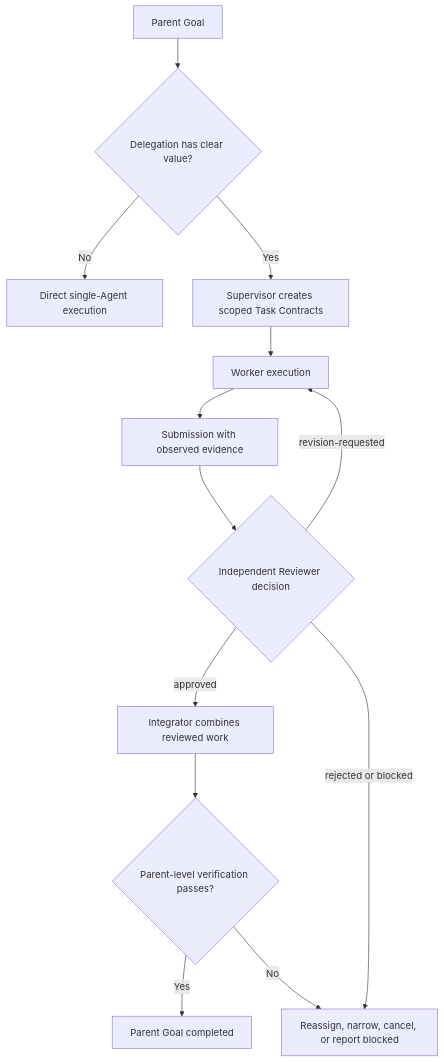
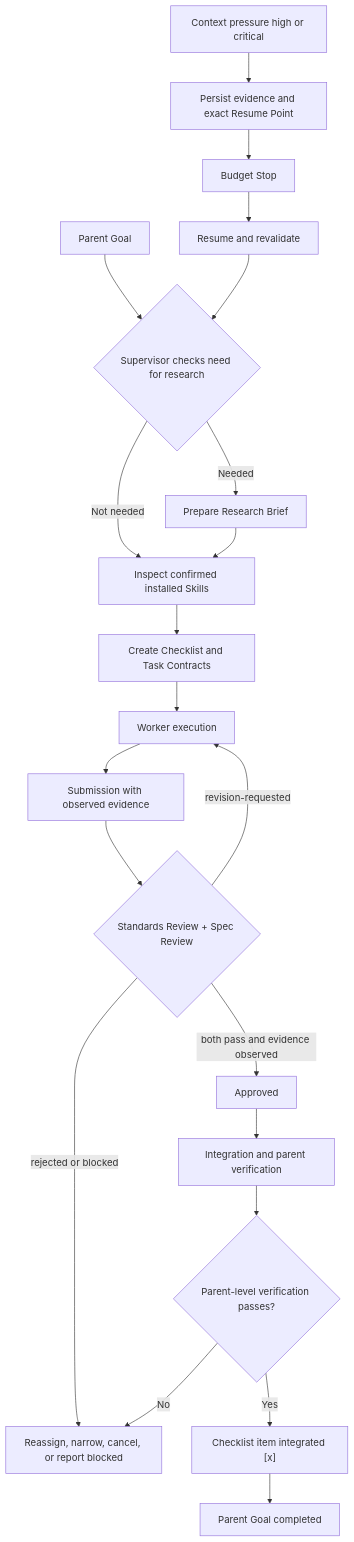
Before and after one commit to tutict/LoopPilot: the diagram in docs/multi-agent-coordination.md, drawn with Mermaid. The commit also changed other lines of this file and 35 other files, not shown here.

Commit message:
feat: define loop engineering architecture foundation

````diff
--- a/docs/multi-agent-coordination.md
+++ b/docs/multi-agent-coordination.md
@@ -131,15 +186,23 @@
 ```mermaid
 flowchart TD
-    P["Parent Goal"] --> D{"Delegation has clear value?"}
-    D -- "No" --> S["Direct single-Agent execution"]
-    D -- "Yes" --> C["Supervisor creates scoped Task Contracts"]
+    P["Parent Goal"] --> R{"Supervisor checks need for research"}
+    R -- "Needed" --> B["Prepare Research Brief"]
+    R -- "Not needed" --> K["Inspect confirmed installed Skills"]
+    B --> K
+    K --> C["Create Checklist and Task Contracts"]
     C --> W["Worker execution"]
     W --> U["Submission with observed evidence"]
-    U --> R{"Independent Reviewer decision"}
-    R -- "approved" --> I["Integrator combines reviewed work"]
-    R -- "revision-requested" --> W
-    R -- "rejected or blocked" --> X["Reassign, narrow, cancel, or report blocked"]
+    U --> Q{"Standards Review + Spec Review"}
+    Q -- "both pass and evidence observed" --> A["Approved"]
+    Q -- "revision-requested" --> W
+    Q -- "rejected or blocked" --> X["Reassign, narrow, cancel, or report blocked"]
+    A --> I["Integration and parent verification"]
     I --> V{"Parent-level verification passes?"}
-    V -- "Yes" --> O["Parent Goal completed"]
+    V -- "Yes" --> E["Checklist item integrated [x]"]
+    E --> O["Parent Goal completed"]
     V -- "No" --> X
+    H["Context pressure high or critical"] --> PS["Persist evidence and exact Resume Point"]
+    PS --> BS["Budget Stop"]
+    BS --> RR["Resume and revalidate"]
+    RR --> R
 ```
````
